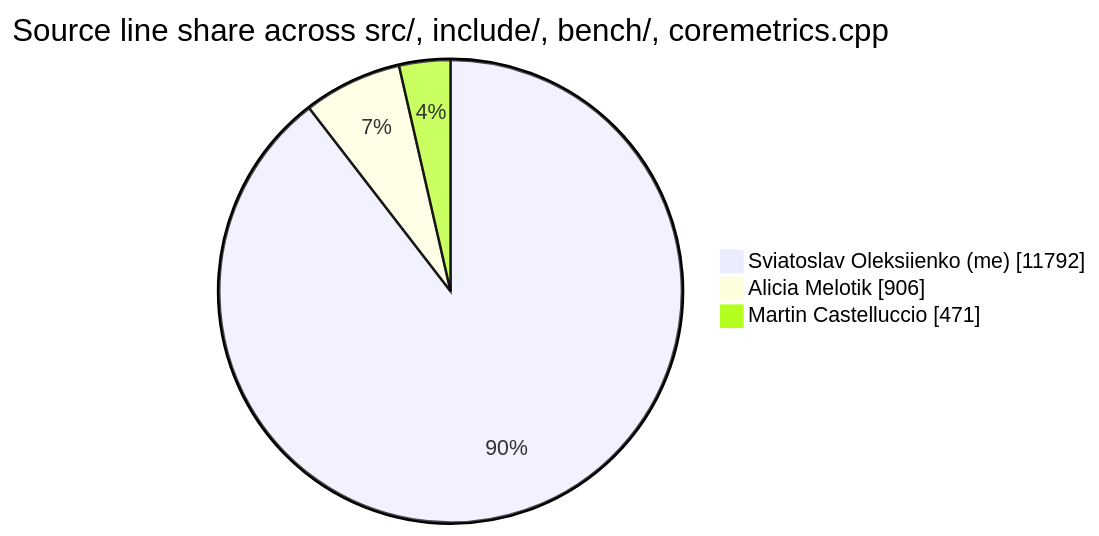
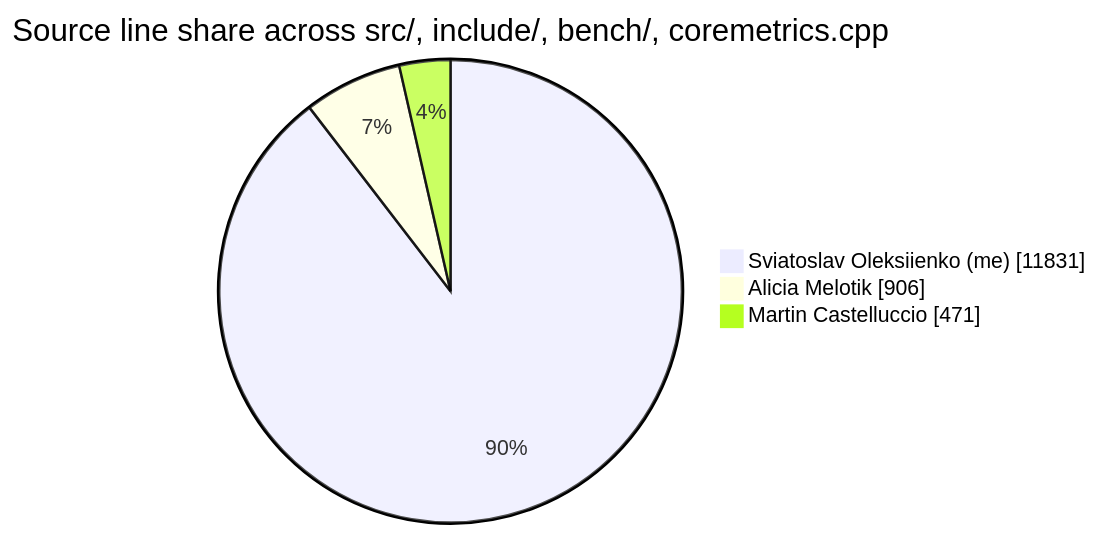
One commit to sviatil0/coremetrics changed the diagram in .github/badges/contributions.md. Above: the diagram before and after it, drawn with Mermaid. The commit also changed other lines of this file and 2 other files, not shown here.

````diff
--- a/.github/badges/contributions.md
+++ b/.github/badges/contributions.md
@@ -11,7 +11,7 @@
 ```mermaid
 pie showData
     title Source line share across src/, include/, bench/, coremetrics.cpp
-    "Sviatoslav Oleksiienko (me)" : 11792
+    "Sviatoslav Oleksiienko (me)" : 11831
     "Alicia Melotik" : 906
     "Martin Castelluccio" : 471
 ```
````
